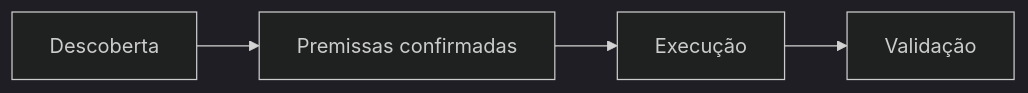
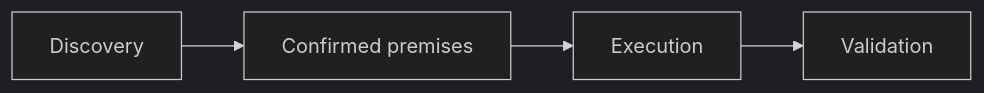
Before and after one commit to rpelizza/PelizzAI: the sixth of 6 diagrams in .claude/skills/pelizzai-reasoning/techniques/structured-decomposition.md, drawn with Mermaid (dark theme). The commit also changed other lines of this file and 362 other files, not shown here.

````diff
--- a/.claude/skills/pelizzai-reasoning/techniques/structured-decomposition.md
+++ b/.claude/skills/pelizzai-reasoning/techniques/structured-decomposition.md
@@ -635,6 +635,6 @@
 ```mermaid
 flowchart LR
-    A[Descoberta] --> B[Premissas confirmadas]
-    B --> C[Execução]
-    C --> D[Validação]
+    A[Discovery] --> B[Confirmed premises]
+    B --> C[Execution]
+    C --> D[Validation]
 ```
````
